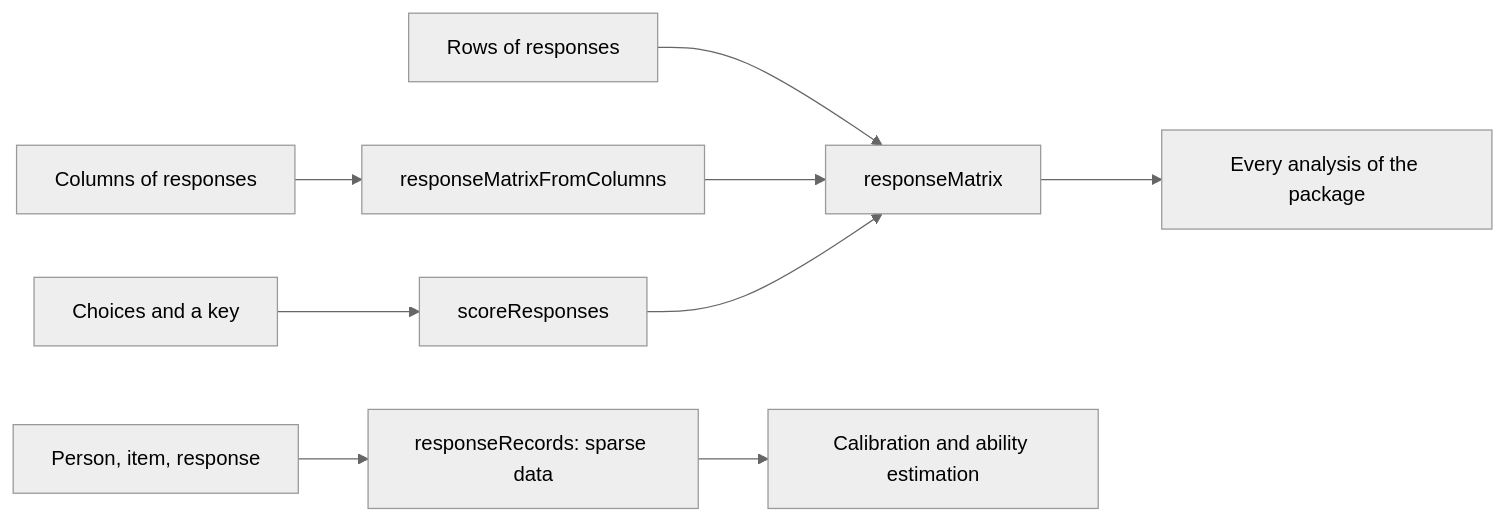
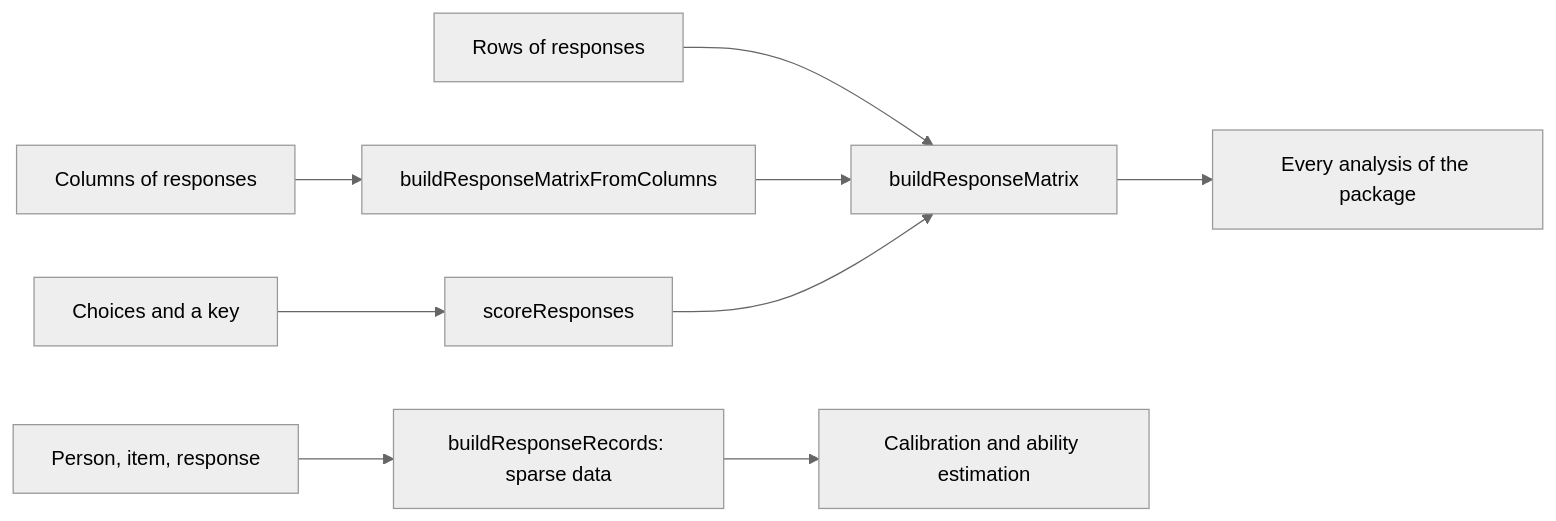
One commit to measurekit/measurekit changed the diagram in docs/psychometrics/data.md. Above: the diagram before and after it, drawn with Mermaid (neutral theme). The commit also changed other lines of this file and 118 other files, not shown here.

````diff
--- a/docs/psychometrics/data.md
+++ b/docs/psychometrics/data.md
@@ -7,9 +7,9 @@
 ```mermaid
 flowchart LR
-  A["Rows of responses"] --> M["responseMatrix"]
-  B["Columns of responses"] --> C["responseMatrixFromColumns"] --> M
+  A["Rows of responses"] --> M["buildResponseMatrix"]
+  B["Columns of responses"] --> C["buildResponseMatrixFromColumns"] --> M
   K["Choices and a key"] --> S["scoreResponses"] --> M
-  Q["Person, item, response"] --> R["responseRecords: sparse data"]
+  Q["Person, item, response"] --> R["buildResponseRecords: sparse data"]
   M --> X["Every analysis of the package"]
   R --> Y["Calibration and ability estimation"]
 ```
````
